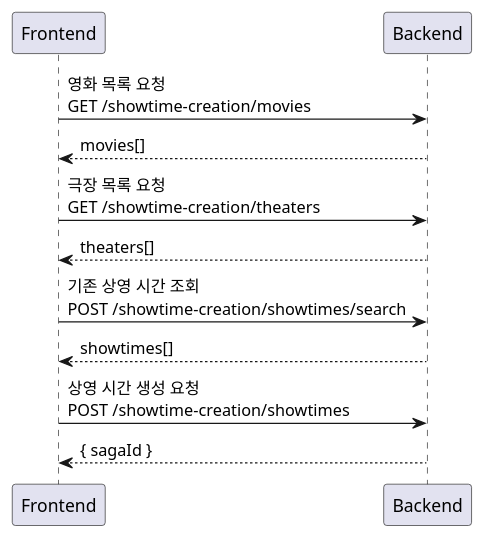
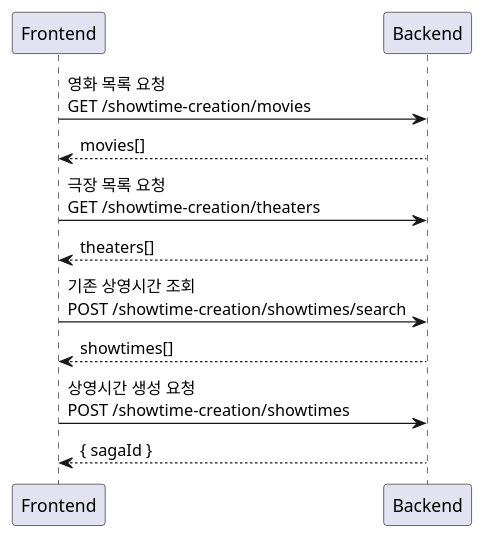
One commit to mannercode/mannercode.github.io changed the fourth of 4 diagrams in _posts/3026-06-18-backend-design-4.md. Above: the diagram before and after it, drawn with PlantUML. The commit also changed other lines of this file and 9 other files, not shown here.

```diff
--- a/_posts/3026-06-18-backend-design-4.md
+++ b/_posts/3026-06-18-backend-design-4.md
@@ -395,15 +398,15 @@
 {% plantuml %}
 @startuml
     Frontend -> Backend: 영화 목록 요청\nGET /showtime-creation/movies
     Frontend <-- Backend: movies[]
 
     Frontend -> Backend: 극장 목록 요청\nGET /showtime-creation/theaters
     Frontend <-- Backend: theaters[]
 
-    Frontend -> Backend: 기존 상영 시간 조회\nPOST /showtime-creation/showtimes/search
+    Frontend -> Backend: 기존 상영시간 조회\nPOST /showtime-creation/showtimes/search
     Frontend <-- Backend: showtimes[]
 
-    Frontend -> Backend: 상영 시간 생성 요청\nPOST /showtime-creation/showtimes
+    Frontend -> Backend: 상영시간 생성 요청\nPOST /showtime-creation/showtimes
     Frontend <-- Backend: { sagaId }
 @enduml
 {% endplantuml %}
```
